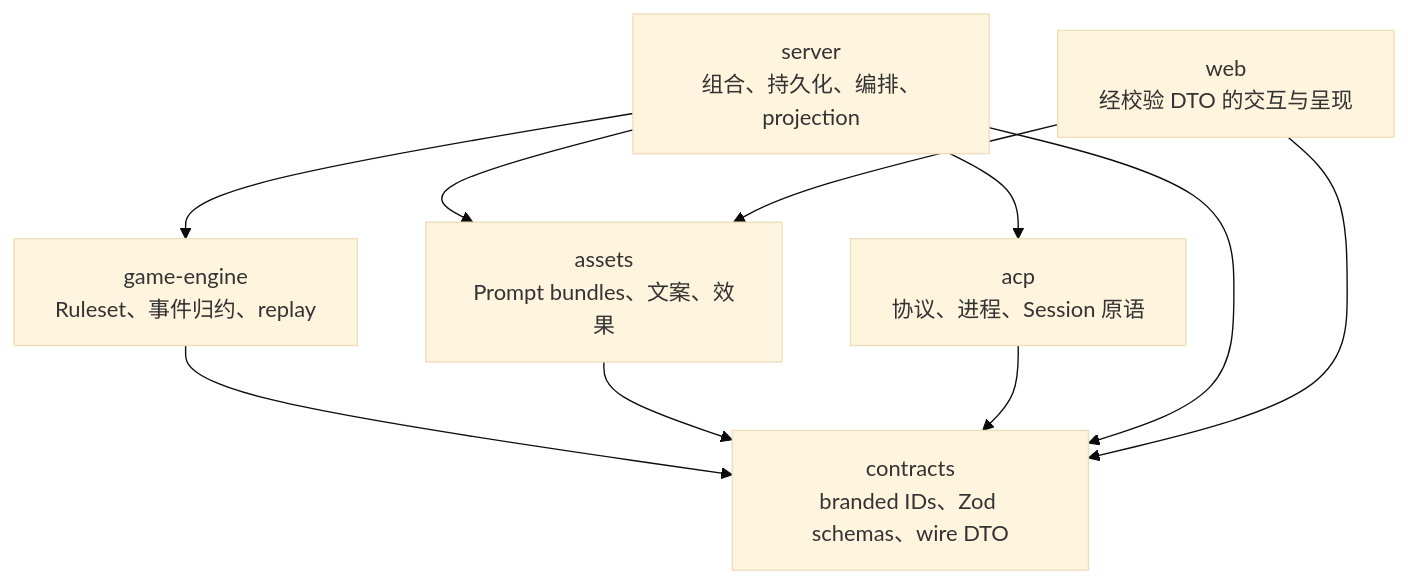
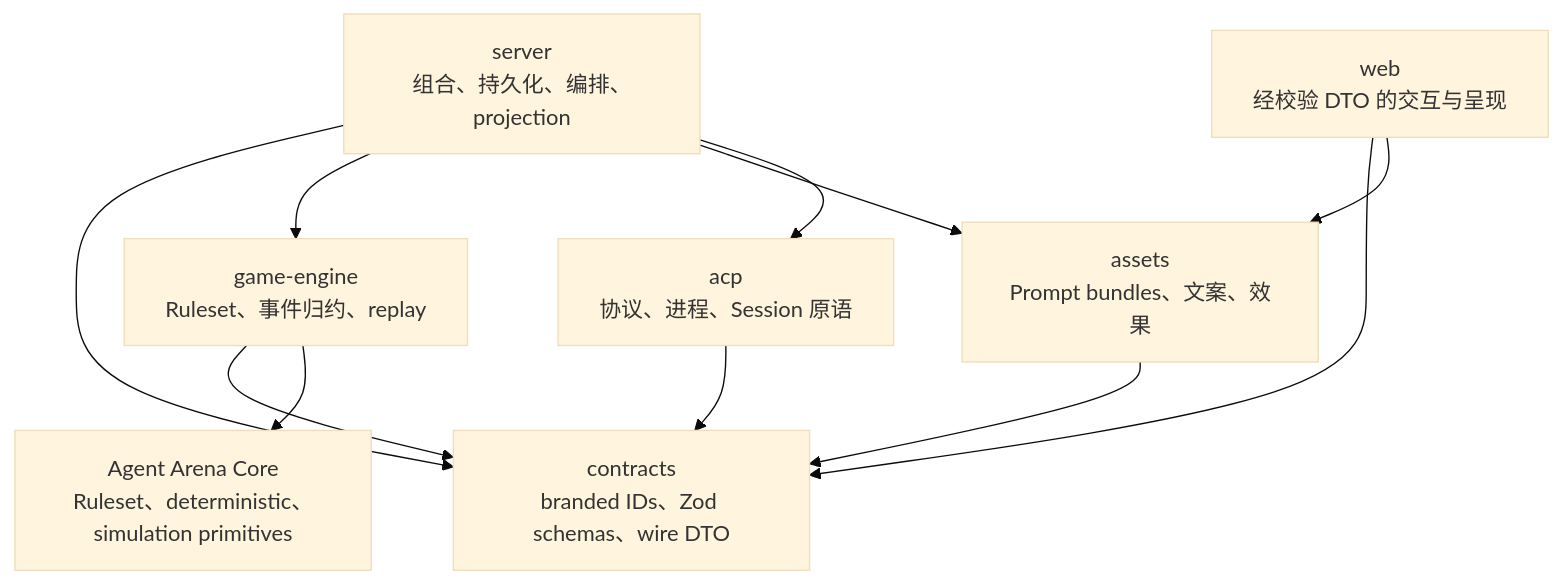
Before and after one commit to renewboy/agentwolf: the second of 3 diagrams in docs/architecture.md, drawn with Mermaid (base theme). The commit also changed other lines of this file and 24 other files, not shown here.

Commit message:
refactor: consume agent arena ruleset core

````diff
--- a/docs/architecture.md
+++ b/docs/architecture.md
@@ -73,19 +73,21 @@
 ```mermaid
 flowchart TB
+    Core["Agent Arena Core<br/>Ruleset、deterministic、simulation primitives"]
     Contracts["contracts<br/>branded IDs、Zod schemas、wire DTO"]
     Engine["game-engine<br/>Ruleset、事件归约、replay"]
     Assets["assets<br/>Prompt bundles、文案、效果"]
     ACP["acp<br/>协议、进程、Session 原语"]
     Server["server<br/>组合、持久化、编排、projection"]
     Web["web<br/>经校验 DTO 的交互与呈现"]
 
     Engine --> Contracts
+    Engine --> Core
     Assets --> Contracts
     ACP --> Contracts
     Server --> Contracts
     Server --> Engine
     Server --> Assets
     Server --> ACP
     Web --> Contracts
     Web --> Assets
 ```
````
